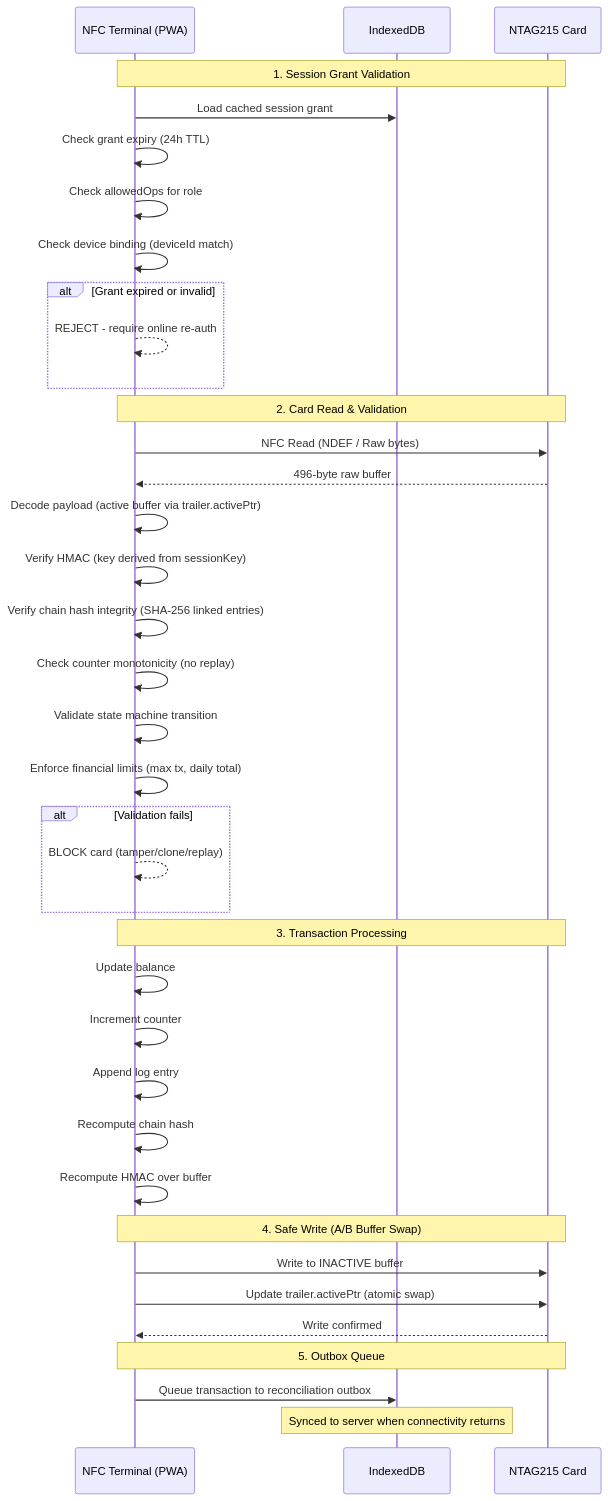
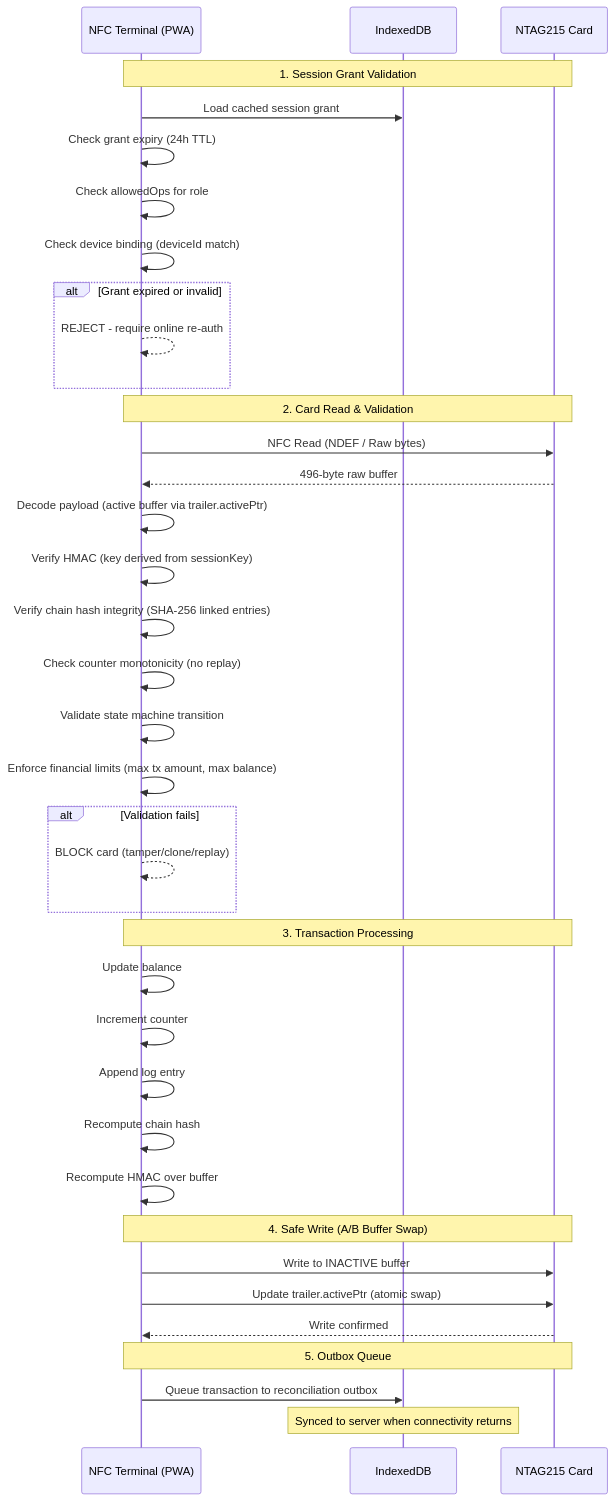
One commit to Stradivary/koperasi-kegelapan-app changed the second of 4 diagrams in docs-arch/SECURITY.md. Above: the diagram before and after it, drawn with Mermaid. The commit also changed other lines of this file and 5 other files, not shown here.

Commit message:
chore: align financial limits across codebase and clarify uint24 constraints

````diff
--- a/docs-arch/SECURITY.md
+++ b/docs-arch/SECURITY.md
@@ -49,46 +49,46 @@
 ```mermaid
 sequenceDiagram
     participant Terminal as NFC Terminal (PWA)
     participant IDB as IndexedDB
     participant Card as NTAG215 Card
 
     Note over Terminal,Card: 1. Session Grant Validation
     Terminal->>IDB: Load cached session grant
     Terminal->>Terminal: Check grant expiry (24h TTL)
     Terminal->>Terminal: Check allowedOps for role
     Terminal->>Terminal: Check device binding (deviceId match)
     alt Grant expired or invalid
         Terminal-->>Terminal: REJECT - require online re-auth
     end
 
     Note over Terminal,Card: 2. Card Read & Validation
     Terminal->>Card: NFC Read (NDEF / Raw bytes)
     Card-->>Terminal: 496-byte raw buffer
 
     Terminal->>Terminal: Decode payload (active buffer via trailer.activePtr)
     Terminal->>Terminal: Verify HMAC (key derived from sessionKey)
     Terminal->>Terminal: Verify chain hash integrity (SHA-256 linked entries)
     Terminal->>Terminal: Check counter monotonicity (no replay)
     Terminal->>Terminal: Validate state machine transition
-    Terminal->>Terminal: Enforce financial limits (max tx, daily total)
+    Terminal->>Terminal: Enforce financial limits (max tx amount, max balance)
 
     alt Validation fails
         Terminal-->>Terminal: BLOCK card (tamper/clone/replay)
     end
 
     Note over Terminal,Card: 3. Transaction Processing
     Terminal->>Terminal: Update balance
     Terminal->>Terminal: Increment counter
     Terminal->>Terminal: Append log entry
     Terminal->>Terminal: Recompute chain hash
     Terminal->>Terminal: Recompute HMAC over buffer
 
     Note over Terminal,Card: 4. Safe Write (A/B Buffer Swap)
     Terminal->>Card: Write to INACTIVE buffer
     Terminal->>Card: Update trailer.activePtr (atomic swap)
     Card-->>Terminal: Write confirmed
 
     Note over Terminal,Card: 5. Outbox Queue
     Terminal->>IDB: Queue transaction to reconciliation outbox
     Note over IDB: Synced to server when connectivity returns
 ```
````
